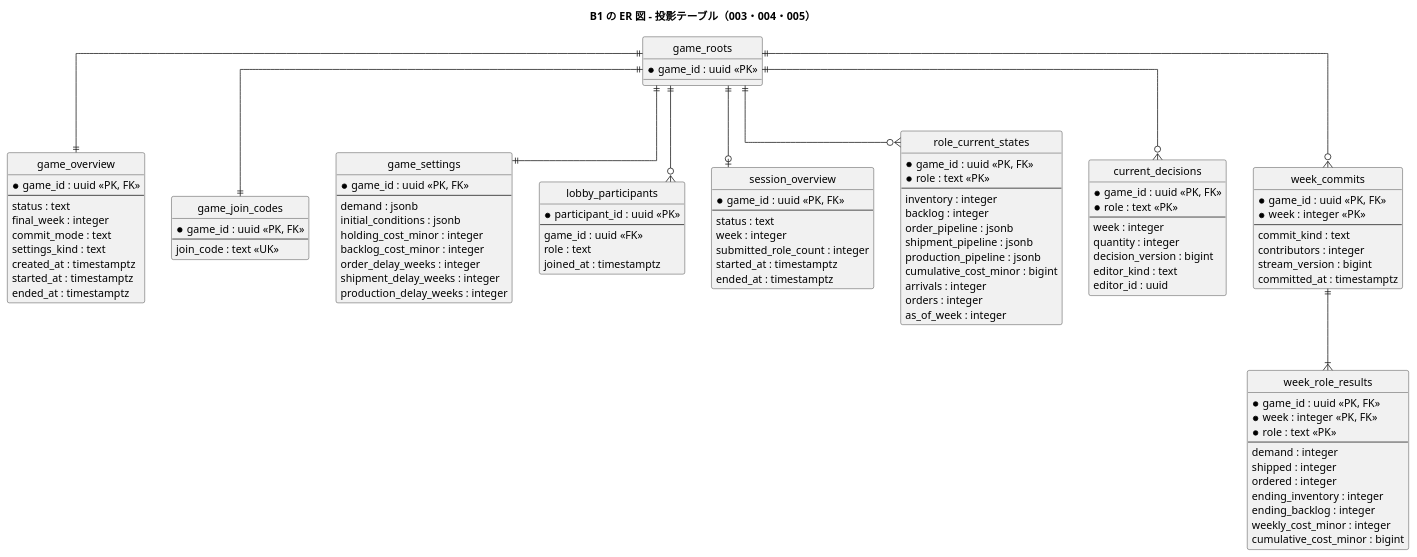
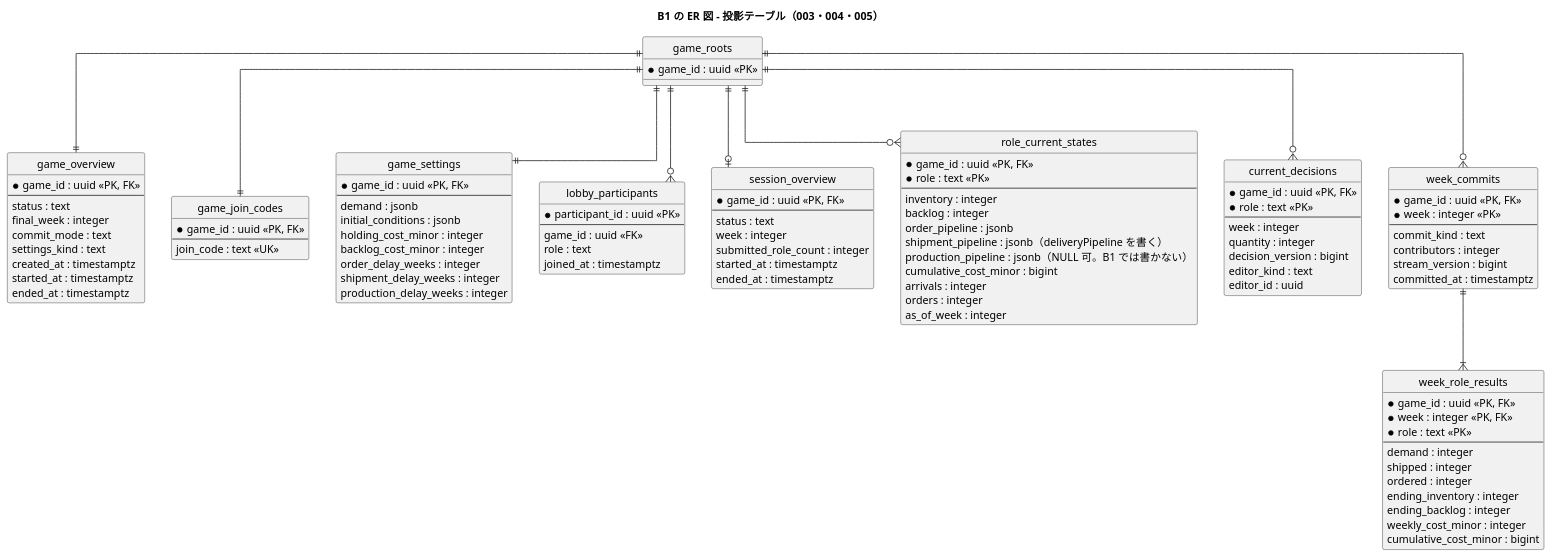
One commit to k2works/case-study-beer-game-simulation changed the fifth of 6 diagrams in docs/development/beer-game-kotlin/bolt_1_plan.md. Above: the diagram before and after it, drawn with PlantUML. The commit also changed other lines of this file and 7 other files, not shown here.

```diff
--- a/docs/development/beer-game-kotlin/bolt_1_plan.md
+++ b/docs/development/beer-game-kotlin/bolt_1_plan.md
@@ -411,8 +410,8 @@
   inventory : integer
   backlog : integer
   order_pipeline : jsonb
-  shipment_pipeline : jsonb
-  production_pipeline : jsonb
+  shipment_pipeline : jsonb（deliveryPipeline を書く）
+  production_pipeline : jsonb（NULL 可。B1 では書かない）
   cumulative_cost_minor : bigint
   arrivals : integer
   orders : integer
```
